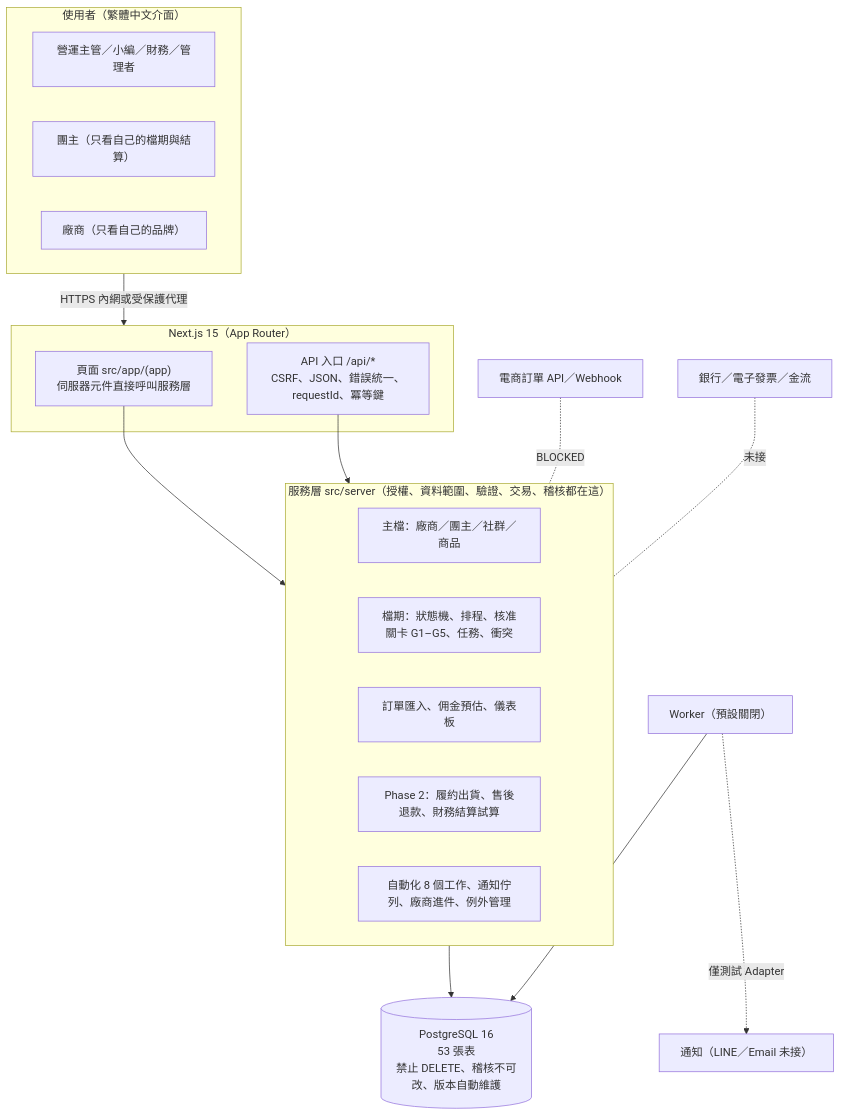
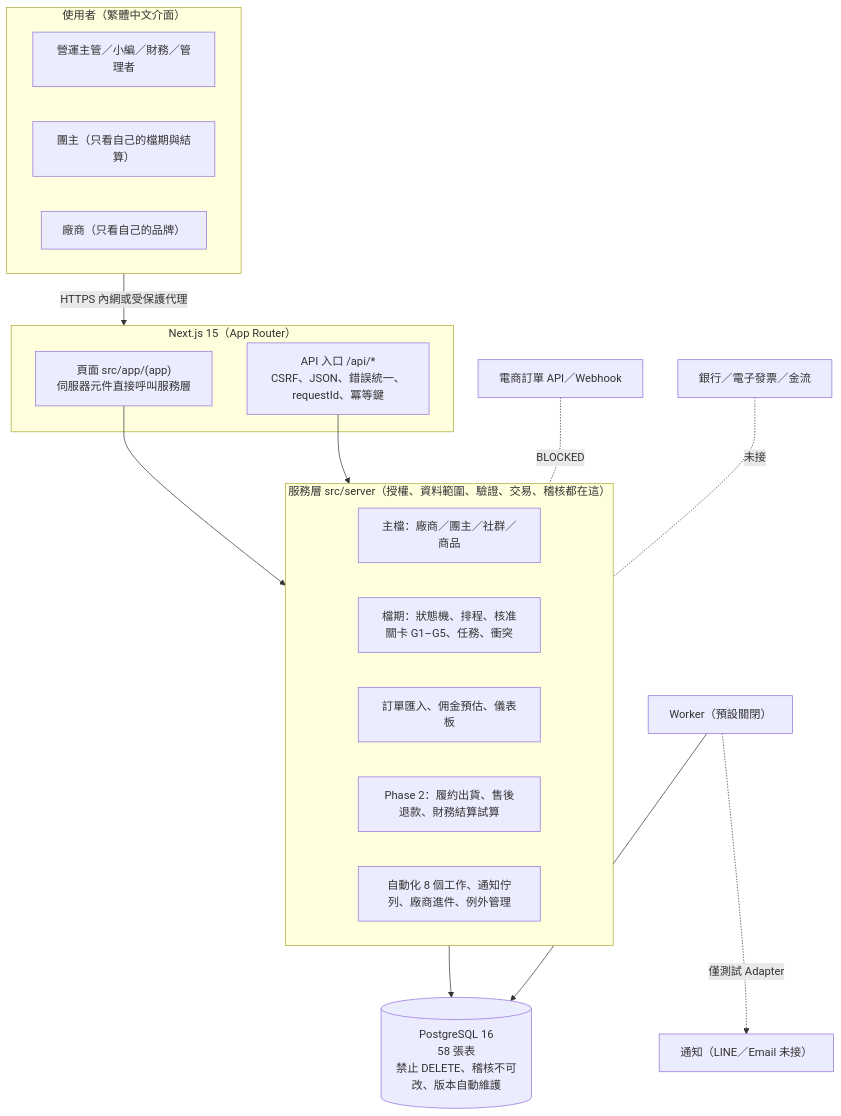
Before and after one commit to ws19135/group-buying-operations: the first of 3 diagrams in README.md, drawn with Mermaid. The commit also changed other lines of this file and 73 other files, not shown here.

````diff
--- a/README.md
+++ b/README.md
@@ -38,27 +38,27 @@
 ```mermaid
 flowchart TB
   subgraph Users["使用者（繁體中文介面）"]
     A1["營運主管／小編／財務／管理者"]
     A2["團主（只看自己的檔期與結算）"]
     A3["廠商（只看自己的品牌）"]
   end
   Users -->|HTTPS 內網或受保護代理| Web
   subgraph Web["Next.js 15（App Router）"]
     P["頁面 src/app/(app)<br/>伺服器元件直接呼叫服務層"]
     R["API 入口 /api/*<br/>CSRF、JSON、錯誤統一、requestId、冪等鍵"]
   end
   P --> S
   R --> S
   subgraph S["服務層 src/server（授權、資料範圍、驗證、交易、稽核都在這）"]
     M1["主檔：廠商／團主／社群／商品"]
     M2["檔期：狀態機、排程、核准關卡 G1–G5、任務、衝突"]
     M3["訂單匯入、佣金預估、儀表板"]
     M4["Phase 2：履約出貨、售後退款、財務結算試算"]
     M5["自動化 8 個工作、通知佇列、廠商進件、例外管理"]
   end
-  S --> DB[("PostgreSQL 16<br/>53 張表<br/>禁止 DELETE、稽核不可改、版本自動維護")]
+  S --> DB[("PostgreSQL 16<br/>58 張表<br/>禁止 DELETE、稽核不可改、版本自動維護")]
   W["Worker（預設關閉）"] --> DB
   W -.->|僅測試 Adapter| N["通知（LINE／Email 未接）"]
   X1["電商訂單 API／Webhook"] -.-|BLOCKED| S
   X2["銀行／電子發票／金流"] -.-|未接| S
 ```
````
